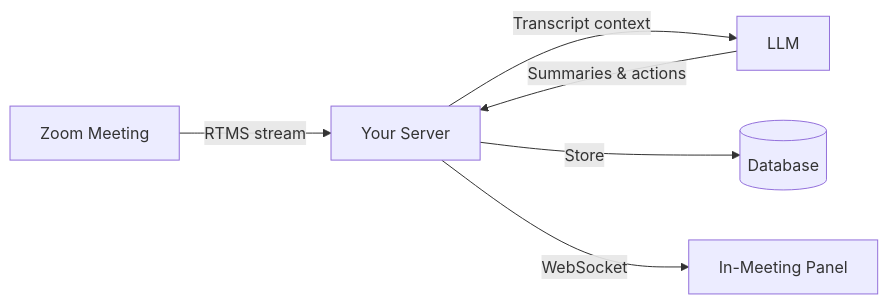
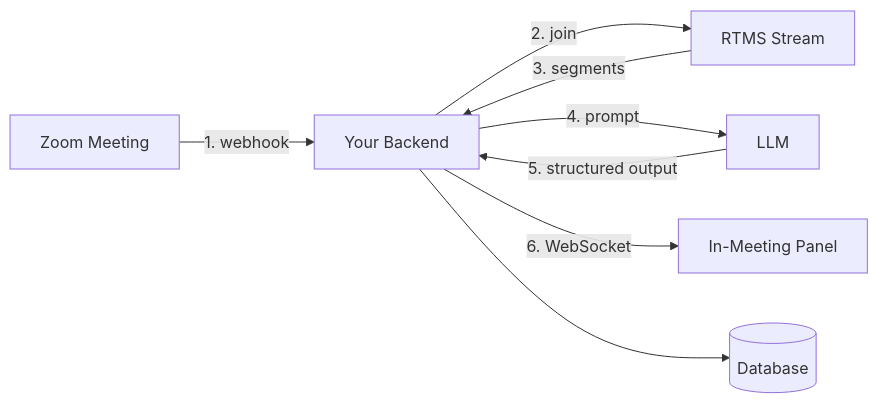
The diagram in blueprints/ai-meeting-notetaker/index.md (zoom/blueprints), drawn with Mermaid before and after one commit. The commit also changed other lines of this file, not shown here.

````diff
--- a/blueprints/ai-meeting-notetaker/index.md
+++ b/blueprints/ai-meeting-notetaker/index.md
@@ -61,8 +71,10 @@
 ```mermaid
 graph LR
-    A[Zoom Meeting] -->|RTMS stream| B[Your Server]
-    B -->|Transcript context| C[LLM]
-    C -->|Summaries & actions| B
-    B -->|Store| D[(Database)]
-    B -->|WebSocket| E[In-Meeting Panel]
+    Z[Zoom Meeting] -->|1. webhook| B[Your Backend]
+    B -->|2. join| R[RTMS Stream]
+    R -->|3. segments| B
+    B -->|4. prompt| L[LLM]
+    L -->|5. structured output| B
+    B -->|6. WebSocket| P[In-Meeting Panel]
+    B --> D[(Database)]
 ```
````
